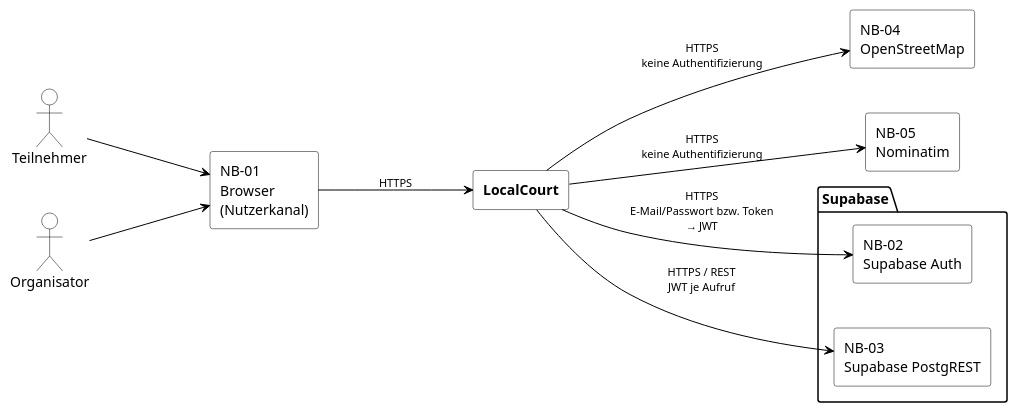
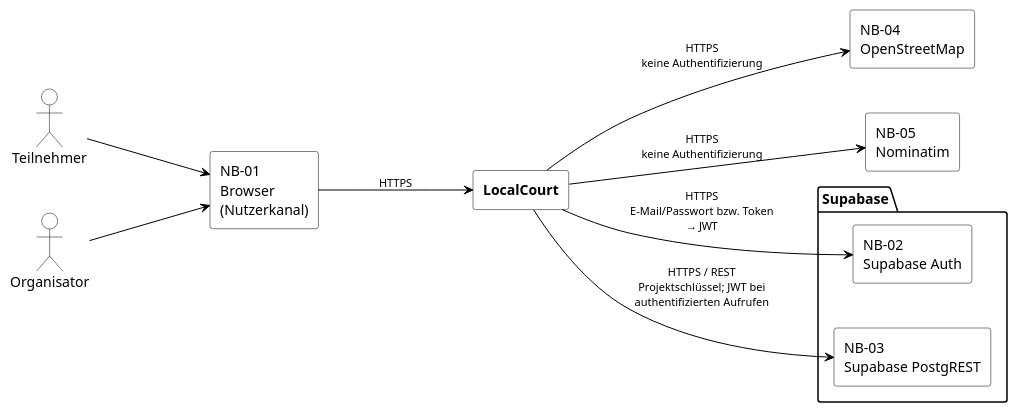
Before and after one commit to Finn5k/Wirtschaftsinformatik-Projekt-I: the diagram in docs/arch/diagrams/A03-technischer-kontext.puml, drawn with PlantUML. The commit also changed 13 other files, not shown here.

Commit message:
docs: align final specification and architecture consistency

```diff
--- a/docs/arch/diagrams/A03-technischer-kontext.puml
+++ b/docs/arch/diagrams/A03-technischer-kontext.puml
@@ -1,46 +1,46 @@
 @startuml A03-technischer-kontext
 left to right direction
 skinparam backgroundColor White
 skinparam shadowing false
 skinparam ArrowColor Black
 skinparam ArrowFontSize 11
 skinparam actor {
   BackgroundColor White
   BorderColor Black
 }
 skinparam rectangle {
   BackgroundColor White
   BorderColor Black
 }
 skinparam package {
   BackgroundColor White
   BorderColor Black
 }
 skinparam nodesep 45
 skinparam ranksep 120
 
 actor "Teilnehmer" as Teilnehmer
 actor "Organisator" as Organisator
 
 rectangle "NB-01\nBrowser\n(Nutzerkanal)" as Browser
 
 rectangle "**LocalCourt**" as LocalCourt
 
 package "Supabase" as Supabase {
   rectangle "NB-02\nSupabase Auth" as Auth
   rectangle "NB-03\nSupabase PostgREST" as Daten
 }
 rectangle "NB-04\nOpenStreetMap" as OSM
 rectangle "NB-05\nNominatim" as Nominatim
 
 Teilnehmer --> Browser
 Organisator --> Browser
 
 Browser --> LocalCourt : HTTPS
 
 LocalCourt --> Auth : HTTPS\nE-Mail/Passwort bzw. Token\n→ JWT
-LocalCourt --> Daten : HTTPS / REST\nJWT je Aufruf
+LocalCourt --> Daten : HTTPS / REST\nProjektschlüssel; JWT bei\nauthentifizierten Aufrufen
 LocalCourt --> OSM : HTTPS\nkeine Authentifizierung
 LocalCourt --> Nominatim : HTTPS\nkeine Authentifizierung
 
 @enduml
```
